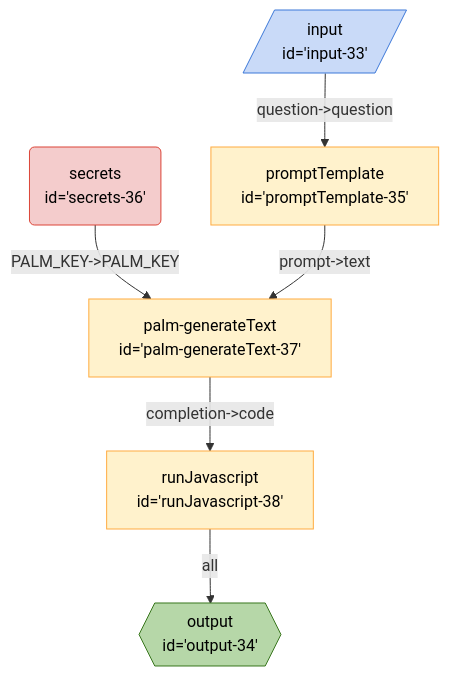
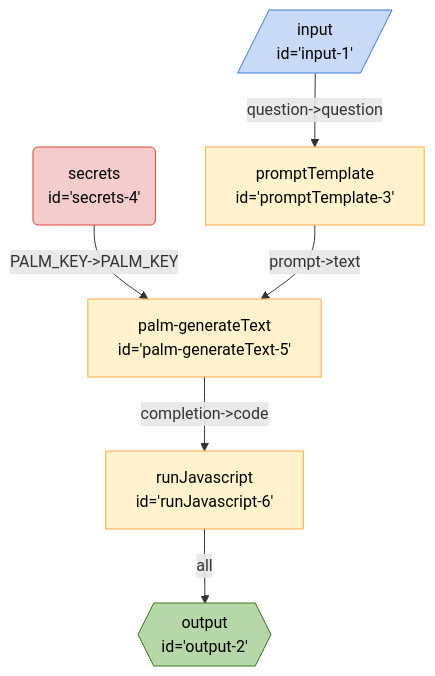
The diagram in seeds/breadboard-web/docs/graphs/new/math-chain.md (breadboard-ai/breadboard), drawn with Mermaid before and after one commit. The commit also changed 20 other files, not shown here.

Commit message:
[new syntax] saner ids in example graphs

````diff
--- a/seeds/breadboard-web/docs/graphs/new/math-chain.md
+++ b/seeds/breadboard-web/docs/graphs/new/math-chain.md
@@ -3,17 +3,17 @@
 ```mermaid
 %%{init: 'themeVariables': { 'fontFamily': 'Fira Code, monospace' }}%%
 graph TD;
-runJavascript38["runJavascript <br> id='runJavascript-38'"] -- all --> output34{{"output <br> id='output-34'"}}:::output
-palmgenerateText37["palm-generateText <br> id='palm-generateText-37'"] -- "completion->code" --> runJavascript38["runJavascript <br> id='runJavascript-38'"]
-secrets36("secrets <br> id='secrets-36'"):::secrets -- "PALM_KEY->PALM_KEY" --> palmgenerateText37["palm-generateText <br> id='palm-generateText-37'"]
-promptTemplate35["promptTemplate <br> id='promptTemplate-35'"] -- "prompt->text" --> palmgenerateText37["palm-generateText <br> id='palm-generateText-37'"]
-input33[/"input <br> id='input-33'"/]:::input -- "question->question" --> promptTemplate35["promptTemplate <br> id='promptTemplate-35'"]
+runJavascript6["runJavascript <br> id='runJavascript-6'"] -- all --> output2{{"output <br> id='output-2'"}}:::output
+palmgenerateText5["palm-generateText <br> id='palm-generateText-5'"] -- "completion->code" --> runJavascript6["runJavascript <br> id='runJavascript-6'"]
+secrets4("secrets <br> id='secrets-4'"):::secrets -- "PALM_KEY->PALM_KEY" --> palmgenerateText5["palm-generateText <br> id='palm-generateText-5'"]
+promptTemplate3["promptTemplate <br> id='promptTemplate-3'"] -- "prompt->text" --> palmgenerateText5["palm-generateText <br> id='palm-generateText-5'"]
+input1[/"input <br> id='input-1'"/]:::input -- "question->question" --> promptTemplate3["promptTemplate <br> id='promptTemplate-3'"]
 classDef default stroke:#ffab40,fill:#fff2ccff,color:#000
 classDef input stroke:#3c78d8,fill:#c9daf8ff,color:#000
 classDef output stroke:#38761d,fill:#b6d7a8ff,color:#000
 classDef passthrough stroke:#a64d79,fill:#ead1dcff,color:#000
 classDef slot stroke:#a64d79,fill:#ead1dcff,color:#000
 classDef config stroke:#a64d79,fill:#ead1dcff,color:#000
 classDef secrets stroke:#db4437,fill:#f4cccc,color:#000
 classDef slotted stroke:#a64d79
 ```
````
